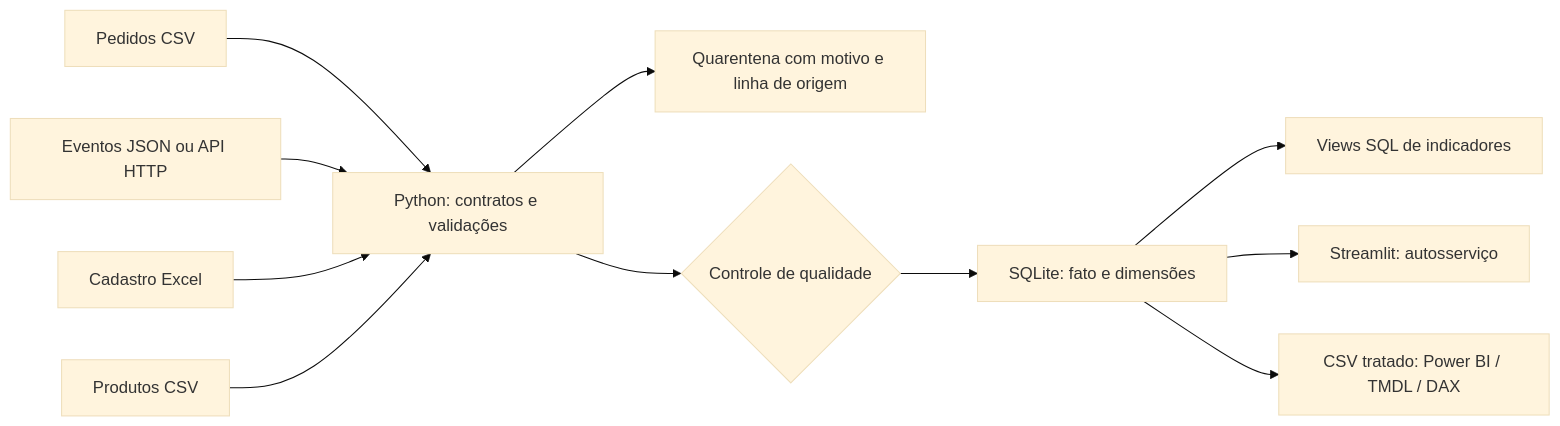
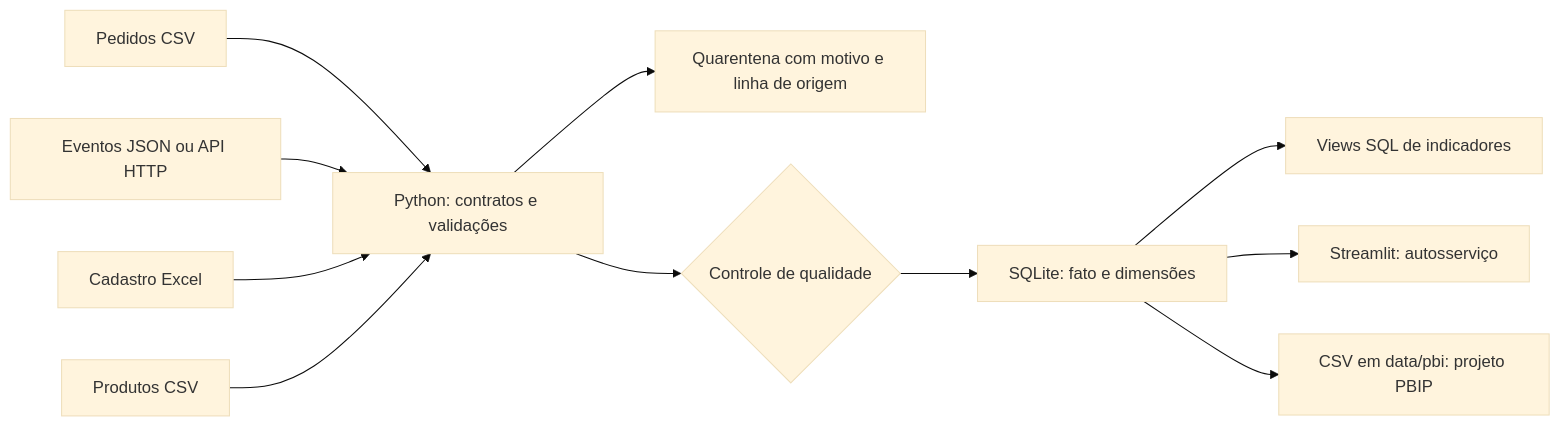
One commit to JVCSampaio/supplywatch-analytics changed the diagram in README.md. Above: the diagram before and after it, drawn with Mermaid (base theme). The commit also changed other lines of this file and 106 other files, not shown here.

First line of the commit message:
Adiciona projeto Power BI (PBIP) com relatório de suprimentos (#1)

````diff
--- a/README.md
+++ b/README.md
@@ -55,13 +55,13 @@
 ```mermaid
 flowchart LR
     A[Pedidos CSV] --> E[Python: contratos e validações]
     B[Eventos JSON ou API HTTP] --> E
     C[Cadastro Excel] --> E
     D[Produtos CSV] --> E
     E --> Q[Quarentena com motivo e linha de origem]
     E --> G{Controle de qualidade}
     G --> S[SQLite: fato e dimensões]
     S --> M[Views SQL de indicadores]
     S --> U[Streamlit: autosserviço]
-    S --> P[CSV tratado: Power BI / TMDL / DAX]
+    S --> P[CSV em data/pbi: projeto PBIP]
 ```
````
